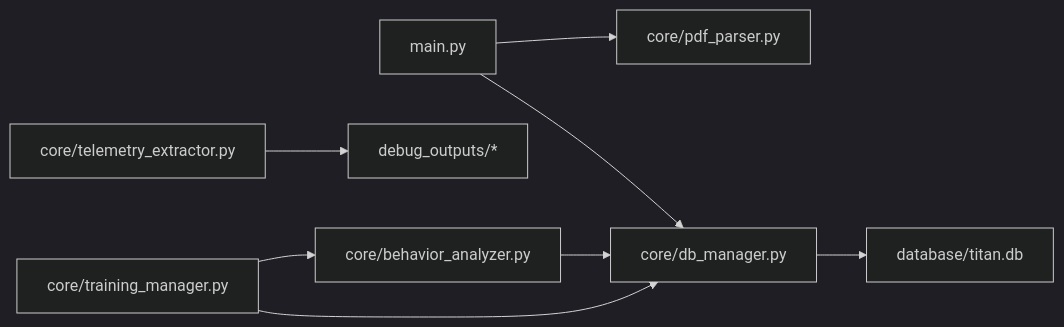
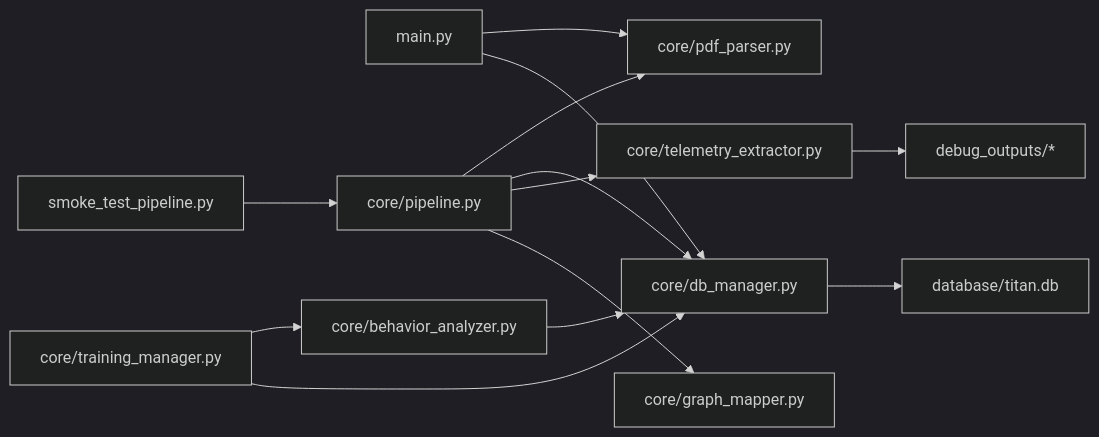
Before and after one commit to AgusCatra/Proyecto-titan.v2: the eighth of 8 diagrams in .qoder/repowiki/en/content/Testing and Quality Assurance.md, drawn with Mermaid (dark theme). The commit also changed other lines of this file and 36 other files, not shown here.

````diff
--- a/.qoder/repowiki/en/content/Testing and Quality Assurance.md
+++ b/.qoder/repowiki/en/content/Testing and Quality Assurance.md
@@ -298,10 +374,15 @@
 ```mermaid
 graph LR
 MP["main.py"] --> PP["core/pdf_parser.py"]
 MP --> DM["core/db_manager.py"]
-TE["core/telemetry_extractor.py"] --> FS["debug_outputs/*"]
+STP["smoke_test_pipeline.py"] --> PL["core/pipeline.py"]
+PL --> PP
+PL --> DM
+PL --> TE["core/telemetry_extractor.py"]
+PL --> GM["core/graph_mapper.py"]
+TE --> FS["debug_outputs/*"]
 DM --> DB["database/titan.db"]
 BA["core/behavior_analyzer.py"] --> DM
 TM["core/training_manager.py"] --> BA
 TM --> DM
 ```
````
